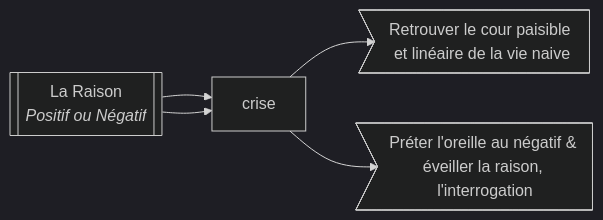
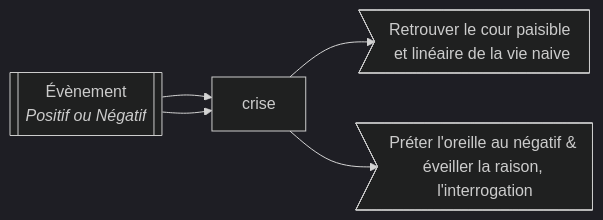
One commit to fiches-me/kerna changed the second of 3 diagrams in content/philo/1LiberteSacrifices.md. Above: the diagram before and after it, drawn with Mermaid (dark theme). The commit also changed other lines of this file, not shown here.

````diff
--- a/content/philo/1LiberteSacrifices.md
+++ b/content/philo/1LiberteSacrifices.md
@@ -110,9 +110,9 @@
 ```mermaid
 graph LR
-    main[["`La Raison
+    main[["`Évènement
     *Positif ou Négatif*`"]]
     b1>Retrouver le cour paisible et linéaire de la vie naive]
     b2>Préter l'oreille au négatif & éveiller la raison, l'interrogation]
     main --> crise --> b1
     main --> crise --> b2
 ```
````
